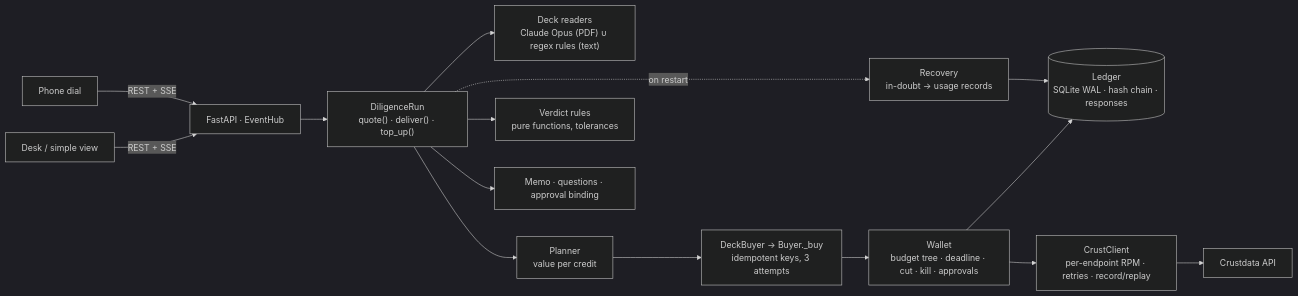
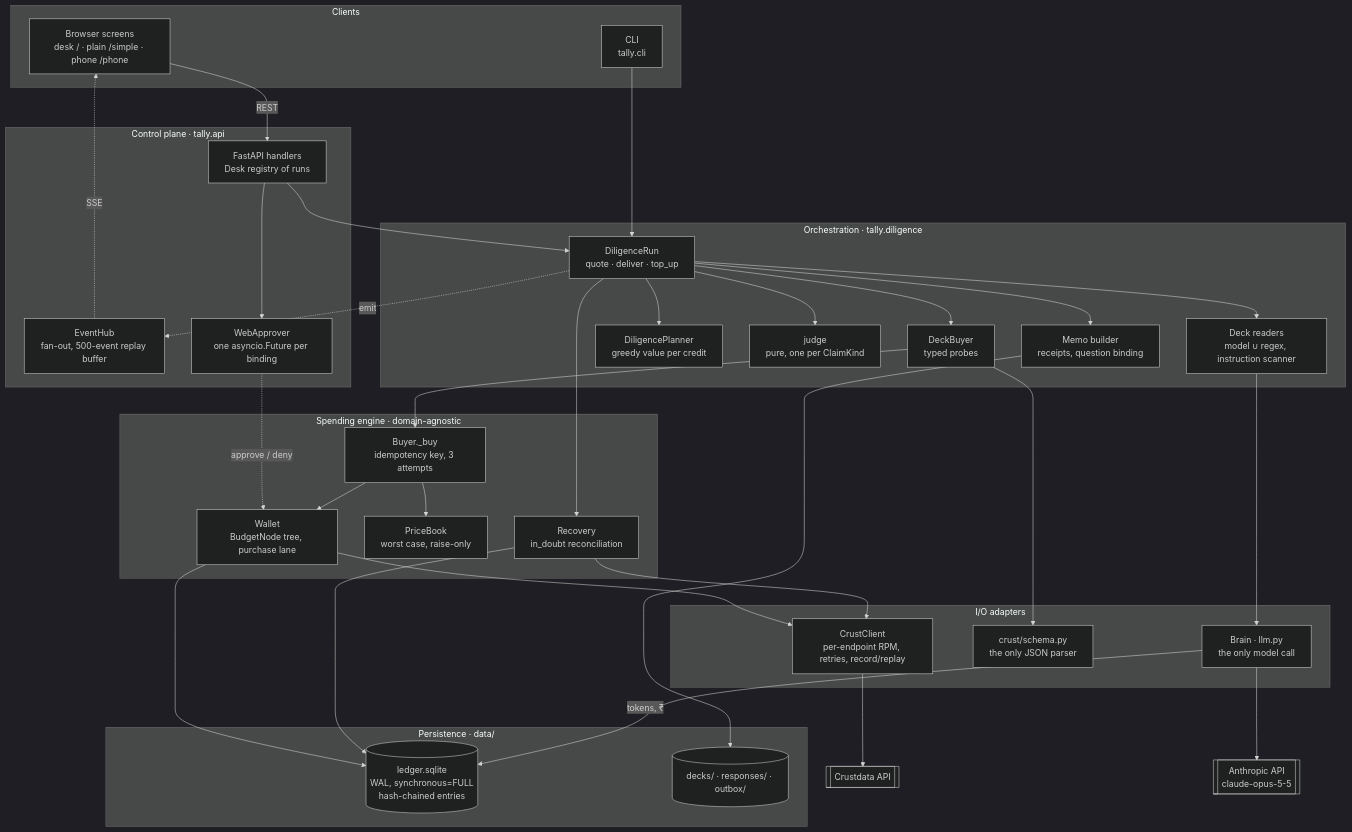
Before and after one commit to PD-17/Tally: the first of 14 diagrams in README.md, drawn with Mermaid (dark theme). The commit also changed other lines of this file, not shown here.

First line of the commit message:
README: architecture diagrams, invariants, concurrency and failure modes

````diff
--- a/README.md
+++ b/README.md
@@ -135,17 +147,63 @@
 ```mermaid
-flowchart LR
-  Desk["Desk / simple view"] -->|REST + SSE| API["FastAPI · EventHub"]
-  Phone["Phone dial"] -->|REST + SSE| API
-  API --> Run["DiligenceRun<br/>quote() · deliver() · top_up()"]
-  Run --> Reader["Deck readers<br/>Claude Opus (PDF) ∪ regex rules (text)"]
-  Run --> Planner["Planner<br/>value per credit"]
-  Run --> Judge["Verdict rules<br/>pure functions, tolerances"]
-  Planner --> Buyer["DeckBuyer → Buyer._buy<br/>idempotent keys, 3 attempts"]
-  Buyer --> Wallet["Wallet<br/>budget tree · deadline · cut · kill · approvals"]
-  Wallet --> Ledger[("Ledger<br/>SQLite WAL · hash chain · responses")]
-  Wallet --> Client["CrustClient<br/>per-endpoint RPM · retries · record/replay"]
-  Client --> Crust["Crustdata API"]
-  Run --> Memo["Memo · questions · approval binding"]
-  Run -. on restart .-> Recovery["Recovery<br/>in-doubt → usage records"]
-  Recovery --> Ledger
+flowchart TB
+  subgraph Clients["Clients"]
+    UI["Browser screens<br/>desk / · plain /simple · phone /phone"]
+    CLI["CLI<br/>tally.cli"]
+  end
+
+  subgraph Control["Control plane · tally.api"]
+    API["FastAPI handlers<br/>Desk registry of runs"]
+    Hub["EventHub<br/>fan-out, 500-event replay buffer"]
+    WA["WebApprover<br/>one asyncio.Future per binding"]
+  end
+
+  subgraph Orch["Orchestration · tally.diligence"]
+    Run["DiligenceRun<br/>quote · deliver · top_up"]
+    Reader["Deck readers<br/>model ∪ regex, instruction scanner"]
+    Planner["DiligencePlanner<br/>greedy value per credit"]
+    Judge["judge<br/>pure, one per ClaimKind"]
+    Memo["Memo builder<br/>receipts, question binding"]
+    DBuy["DeckBuyer<br/>typed probes"]
+  end
+
+  subgraph Spend["Spending engine · domain-agnostic"]
+    Buyer["Buyer._buy<br/>idempotency key, 3 attempts"]
+    Wallet["Wallet<br/>BudgetNode tree, purchase lane"]
+    Prices["PriceBook<br/>worst case, raise-only"]
+    Recovery["Recovery<br/>in_doubt reconciliation"]
+  end
+
+  subgraph Adapters["I/O adapters"]
+    Client["CrustClient<br/>per-endpoint RPM, retries, record/replay"]
+    Schema["crust/schema.py<br/>the only JSON parser"]
+    Brain["Brain · llm.py<br/>the only model call"]
+  end
+
+  subgraph Store["Persistence · data/"]
+    Ledger[("ledger.sqlite<br/>WAL, synchronous=FULL<br/>hash-chained entries")]
+    Files[("decks/ · responses/ · outbox/")]
+  end
+
+  Crust[["Crustdata API"]]
+  Claude[["Anthropic API<br/>claude-opus-5-5"]]
+
+  UI -->|"REST"| API
+  Hub -.->|"SSE"| UI
+  CLI --> Run
+  API --> Run
+  API --> WA
+  WA -.->|"approve / deny"| Wallet
+  Run -.->|"emit"| Hub
+  Run --> Reader --> Brain --> Claude
+  Run --> Planner
+  Run --> Judge
+  Run --> Memo --> Files
+  Run --> DBuy --> Buyer --> Wallet
+  DBuy --> Schema
+  Buyer --> Prices
+  Wallet --> Ledger
+  Wallet --> Client --> Crust
+  Run --> Recovery --> Ledger
+  Recovery --> Client
+  Brain -->|"tokens, ₹"| Ledger
 ```
````
